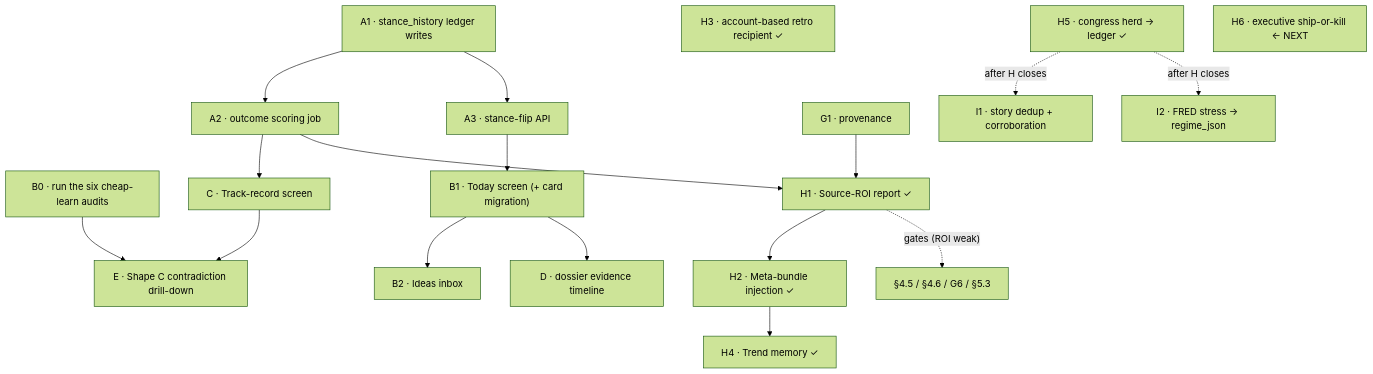
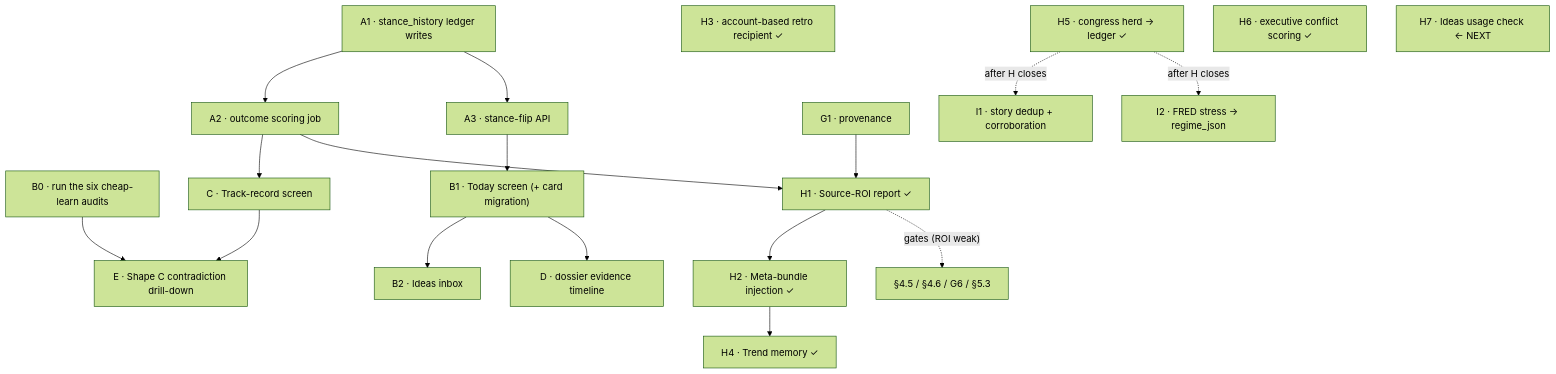
One commit to CreamyG31337/Portfolio-AI changed the second of 2 diagrams in docs/ROADMAP.md. Above: the diagram before and after it, drawn with Mermaid (forest theme). The commit also changed other lines of this file and 3 other files, not shown here.

First line of the commit message:
Update executive trade scoring plan and analysis script for v1 rollout

````diff
--- a/docs/ROADMAP.md
+++ b/docs/ROADMAP.md
@@ -600,21 +600,22 @@
 ```mermaid
 flowchart TD
     A1["A1 · stance_history ledger writes"] --> A2["A2 · outcome scoring job"]
     A1 --> A3["A3 · stance-flip API"]
     B0["B0 · run the six cheap-learn audits"] --> E1["E · Shape C contradiction drill-down"]
     A3 --> B1["B1 · Today screen (+ card migration)"]
     B1 --> B2["B2 · Ideas inbox"]
     A2 --> C1["C · Track-record screen"]
     B1 --> D1["D · dossier evidence timeline"]
     C1 --> E1
     G1["G1 · provenance"] --> H1["H1 · Source-ROI report ✓"]
     A2 --> H1
     H1 --> H2["H2 · Meta-bundle injection ✓"]
     H1 -.->|"gates (ROI weak)"| F56["§4.5 / §4.6 / G6 / §5.3"]
     H3["H3 · account-based retro recipient ✓"]
     H2 --> H4["H4 · Trend memory ✓"]
     H5["H5 · congress herd → ledger ✓"]
-    H6["H6 · executive ship-or-kill ← NEXT"]
+    H6["H6 · executive conflict scoring ✓"]
+    H7["H7 · Ideas usage check ← NEXT"]
     H5 -.->|"after H closes"| I1["I1 · story dedup + corroboration"]
     H5 -.->|"after H closes"| I2["I2 · FRED stress → regime_json"]
 ```
````
